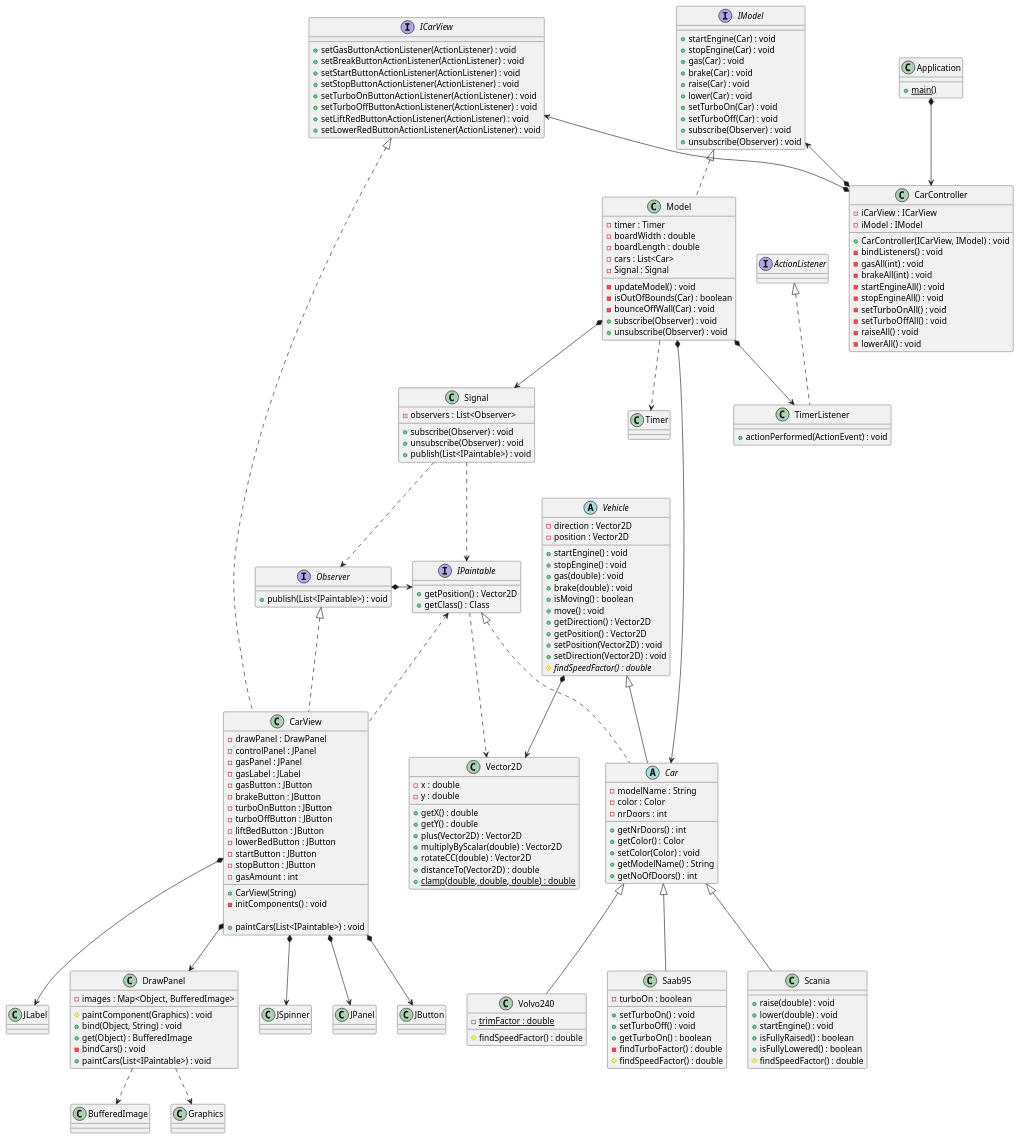
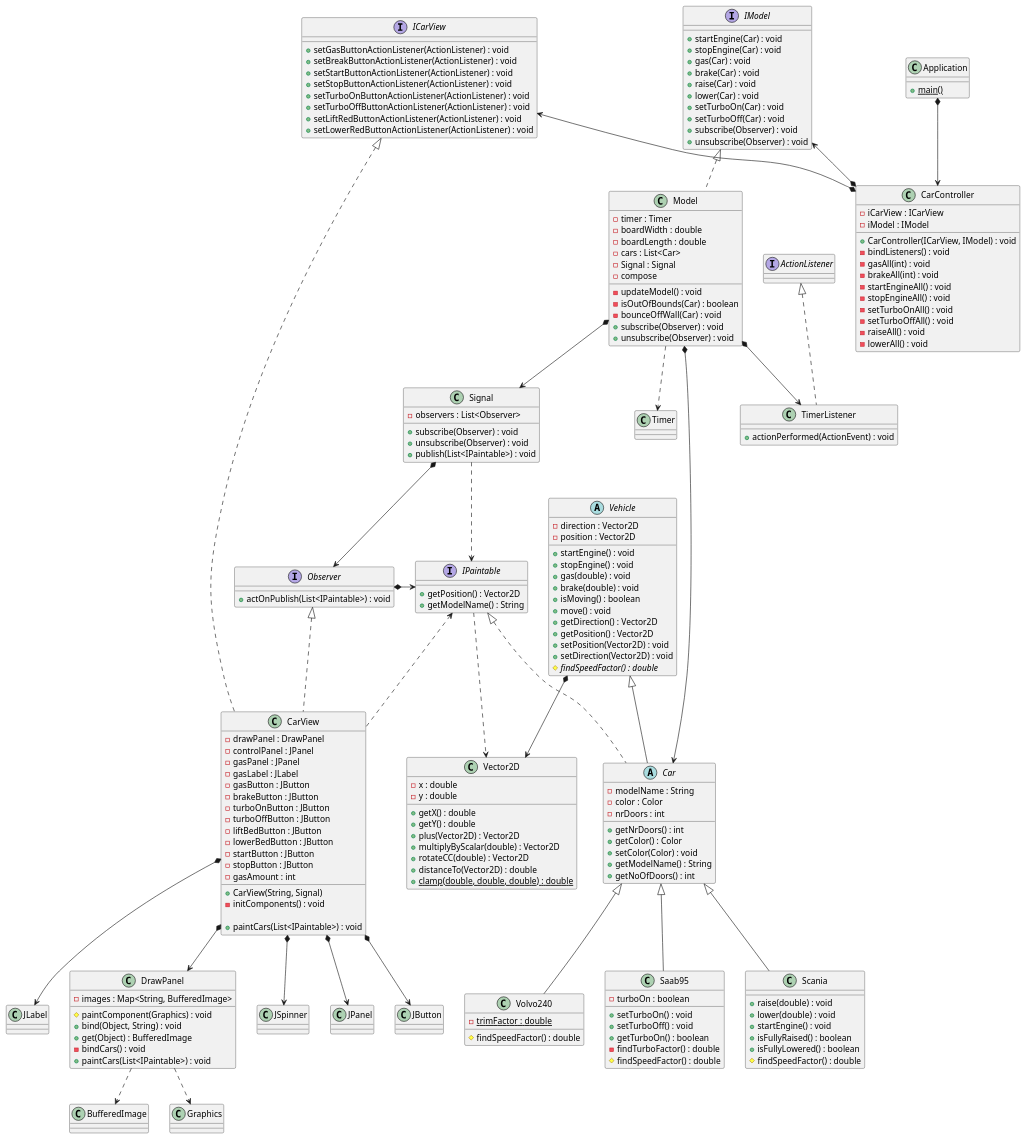
The diagram in src/Uppg4-edit.puml (Yogaledare/dit953-lab2), drawn with PlantUML before and after one commit.

Commit message:
Uppgift 4, Markus

```diff
--- a/src/Uppg4-edit.puml
+++ b/src/Uppg4-edit.puml
@@ -30,6 +30,7 @@
 -cars : List<Car>
 -Signal : Signal
 -updateModel() : void
+-compose
 -isOutOfBounds(Car) : boolean
 -bounceOffWall(Car) : void
 + subscribe(Observer) : void
@@ -90,7 +91,7 @@
 - startButton : JButton
 - stopButton : JButton
 - gasAmount : int
-+ CarView(String)
++ CarView(String, Signal)
 - initComponents() : void
 
 + paintCars(List<IPaintable>) : void
@@ -98,7 +99,7 @@
 }
 
 class DrawPanel{
-- images : Map<Object, BufferedImage>
+- images : Map<String, BufferedImage>
 #paintComponent(Graphics) : void
 + bind(Object, String) : void
 + get(Object) : BufferedImage
@@ -140,7 +141,7 @@
 
 interface IPaintable {
 +getPosition() : Vector2D
-+getClass() : Class
++getModelName() : String
 }
 
 abstract class Car {
@@ -219,7 +220,7 @@
 Vehicle <|-- Car
 
 interface Observer{
-+ publish(List<IPaintable>) : void
++ actOnPublish(List<IPaintable>) : void
 }
 
 Observer *-> IPaintable
@@ -235,7 +236,7 @@
 Model *--> Signal
 
 
-Signal ..> Observer
+Signal *--> Observer
 Signal ..> IPaintable
 
 
```
